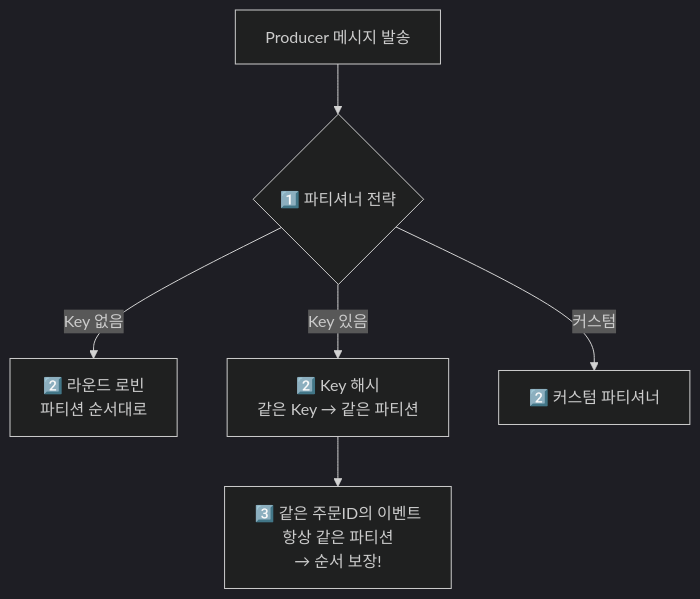
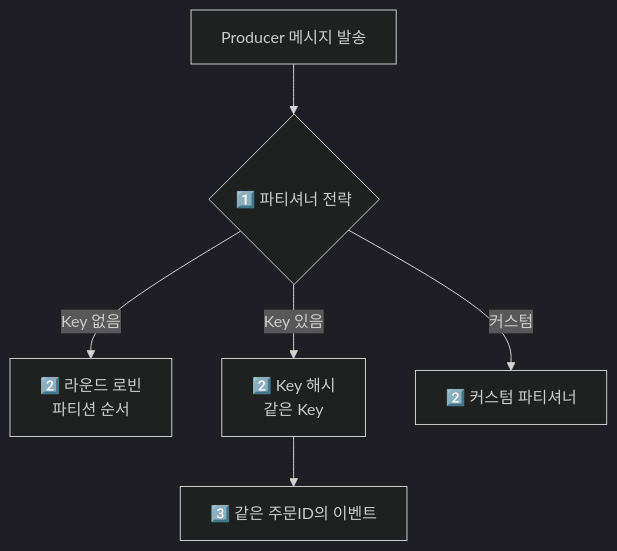
One commit to yjkim2015/yjkim2015.github.io changed the third of 12 diagrams in _posts/kafka/2026-05-02-kafka-deep.md. Above: the diagram before and after it, drawn with Mermaid (dark theme). The commit also changed other lines of this file and 271 other files, not shown here.

First line of the commit message:
Mermaid 라벨 축소: 긴 노드 텍스트 18자 이하로 트림 + \n 제거

````diff
--- a/_posts/kafka/2026-05-02-kafka-deep.md
+++ b/_posts/kafka/2026-05-02-kafka-deep.md
@@ -78,9 +78,9 @@
 ```mermaid
 graph TD
     Producer["Producer 메시지 발송"]
     Producer --> Q{"1️⃣ 파티셔너 전략"}
-    Q -->|"Key 없음"| RR["2️⃣ 라운드 로빈\n파티션 순서대로"]
-    Q -->|"Key 있음"| Hash["2️⃣ Key 해시\n같은 Key → 같은 파티션"]
+    Q -->|"Key 없음"| RR["2️⃣ 라운드 로빈\n파티션 순서"]
+    Q -->|"Key 있음"| Hash["2️⃣ Key 해시\n같은 Key"]
     Q -->|"커스텀"| Custom["2️⃣ 커스텀 파티셔너"]
-    Hash --> OrderGuarantee["3️⃣ 같은 주문ID의 이벤트\n항상 같은 파티션\n→ 순서 보장!"]
+    Hash --> OrderGuarantee["3️⃣ 같은 주문ID의 이벤트\n"]
 ```
````
